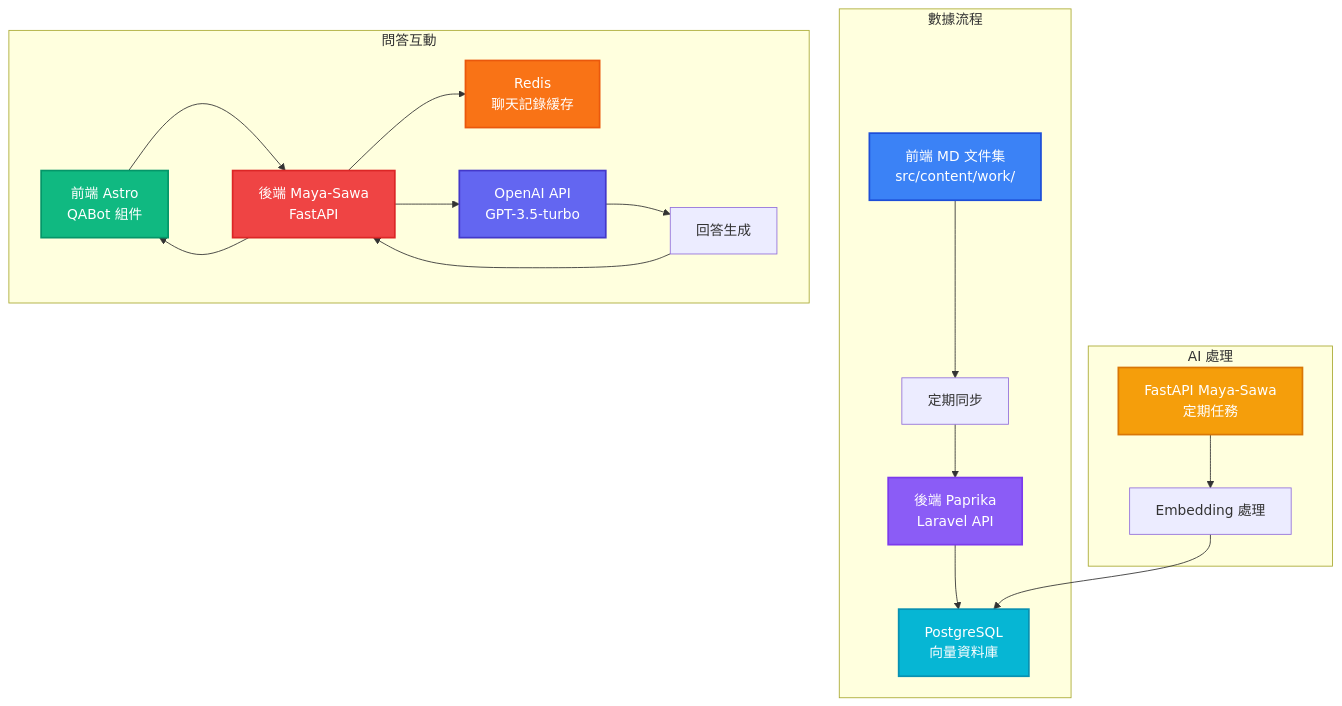
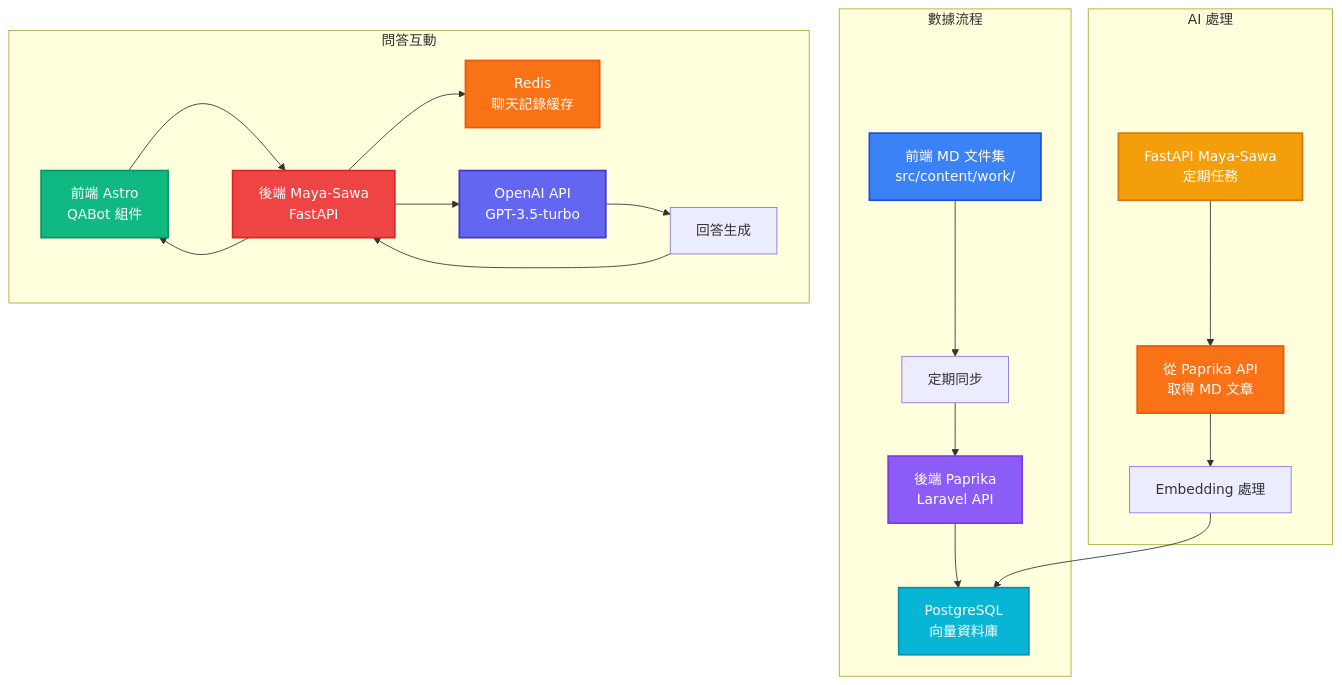
The eighth of 11 diagrams in README.md (Vinskao/ty-multiverse), drawn with Mermaid before and after one commit. The commit also changed other lines of this file, not shown here.

Commit message:
info: 更正問答系統架構圖，讓 Maya-Sawa 從 Paprika 的 API 取得現有文章 MD 內容

````diff
--- a/README.md
+++ b/README.md
@@ -467,47 +467,50 @@
 ```mermaid
 graph TD
     A[前端 MD 文件集<br/>src/content/work/] --> B[定期同步]
     B --> C[後端 Paprika<br/>Laravel API]
     C --> D[PostgreSQL<br/>向量資料庫]
     
-    E[FastAPI Maya-Sawa<br/>定期任務] --> F[Embedding 處理]
-    F --> D
+    E[FastAPI Maya-Sawa<br/>定期任務] --> F[從 Paprika API<br/>取得 MD 文章]
+    F --> G[Embedding 處理]
+    G --> D
     
-    G[前端 Astro<br/>QABot 組件] --> H[後端 Maya-Sawa<br/>FastAPI]
-    H --> I[Redis<br/>聊天記錄緩存]
-    H --> J[OpenAI API<br/>GPT-3.5-turbo]
+    H[前端 Astro<br/>QABot 組件] --> I[後端 Maya-Sawa<br/>FastAPI]
+    I --> J[Redis<br/>聊天記錄緩存]
+    I --> K[OpenAI API<br/>GPT-3.5-turbo]
     
-    J --> K[回答生成]
-    K --> H
-    H --> G
+    K --> L[回答生成]
+    L --> I
+    I --> H
     
     subgraph "數據流程"
         A
         B
         C
         D
     end
     
     subgraph "AI 處理"
         E
         F
+        G
     end
     
     subgraph "問答互動"
-        G
         H
         I
         J
         K
+        L
     end
     
     %% 顏色主題
     style A fill:#3b82f6,stroke:#1d4ed8,stroke-width:2px,color:#ffffff
     style C fill:#8b5cf6,stroke:#7c3aed,stroke-width:2px,color:#ffffff
     style D fill:#06b6d4,stroke:#0891b2,stroke-width:2px,color:#ffffff
     style E fill:#f59e0b,stroke:#d97706,stroke-width:2px,color:#ffffff
-    style G fill:#10b981,stroke:#059669,stroke-width:2px,color:#ffffff
-    style H fill:#ef4444,stroke:#dc2626,stroke-width:2px,color:#ffffff
-    style I fill:#f97316,stroke:#ea580c,stroke-width:2px,color:#ffffff
-    style J fill:#6366f1,stroke:#4338ca,stroke-width:2px,color:#ffffff
+    style F fill:#f97316,stroke:#ea580c,stroke-width:2px,color:#ffffff
+    style H fill:#10b981,stroke:#059669,stroke-width:2px,color:#ffffff
+    style I fill:#ef4444,stroke:#dc2626,stroke-width:2px,color:#ffffff
+    style J fill:#f97316,stroke:#ea580c,stroke-width:2px,color:#ffffff
+    style K fill:#6366f1,stroke:#4338ca,stroke-width:2px,color:#ffffff
 ```
````
